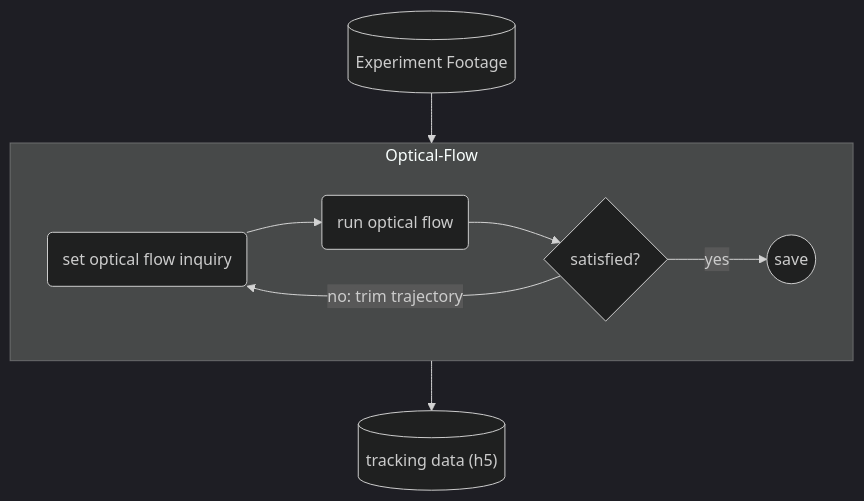
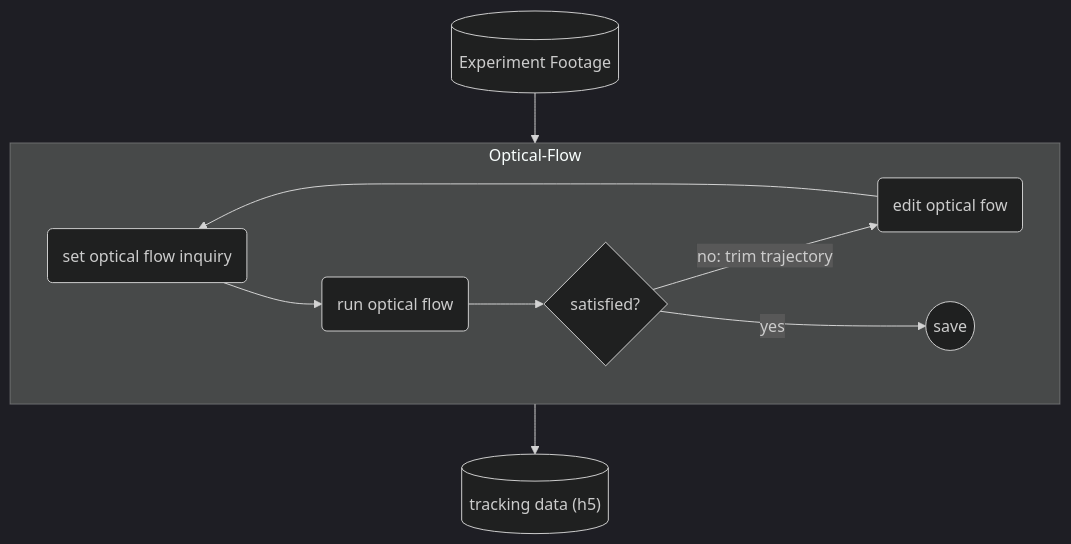
One commit to GazzolaLab/BR2-vision-based-smoothing changed the fifth of 6 diagrams in README.md. Above: the diagram before and after it, drawn with Mermaid (dark theme).

````diff
--- a/README.md
+++ b/README.md
@@ -114,14 +114,15 @@
 ```mermaid
 flowchart TD
     collect[("Experiment Footage")]
     T[("tracking data (h5)")]
     subgraph Optical-Flow
         opt1("set optical flow inquiry")
         opt2("run optical flow")
+        opt3("edit optical fow")
         
         opt1 --> opt2 --> C{satisfied?}
-        C -->|no: trim trajectory| opt1
+        C -->|no: trim trajectory| opt3 --> opt1
         C -->|yes| D(("save"))
     end
     collect --> Optical-Flow --> T
 ```
````
